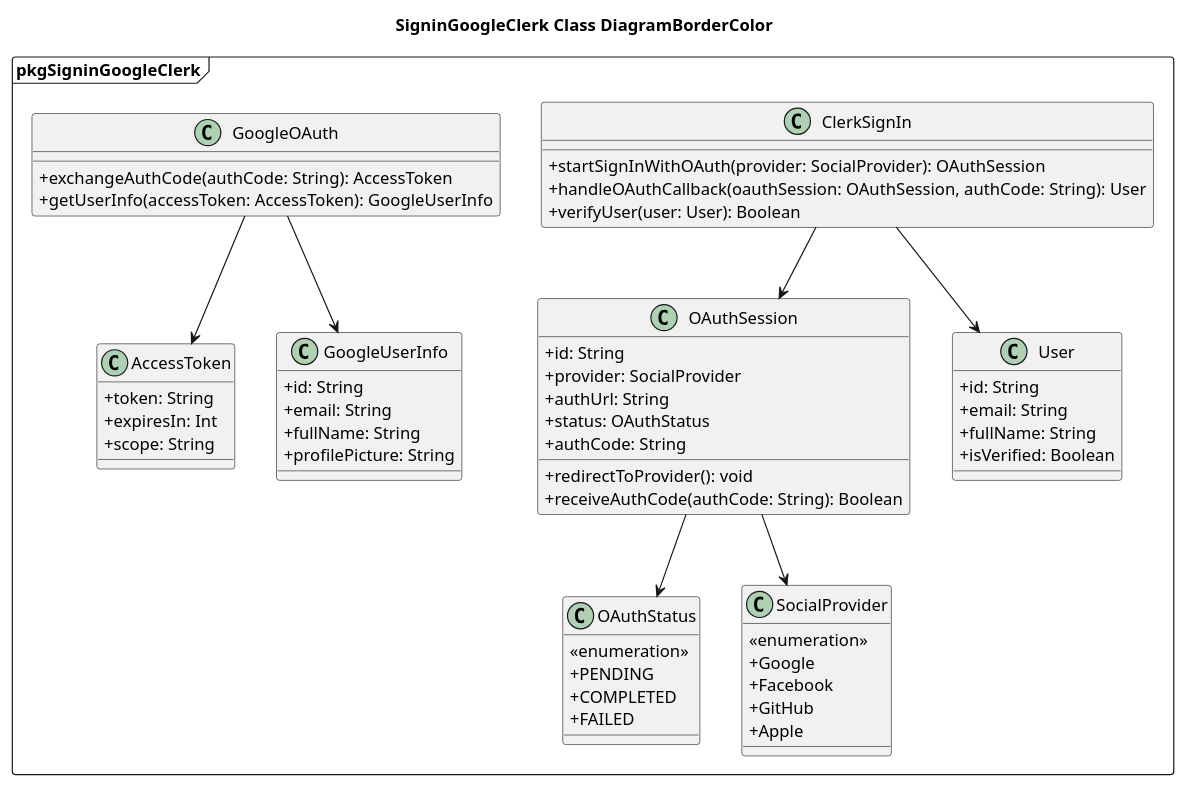
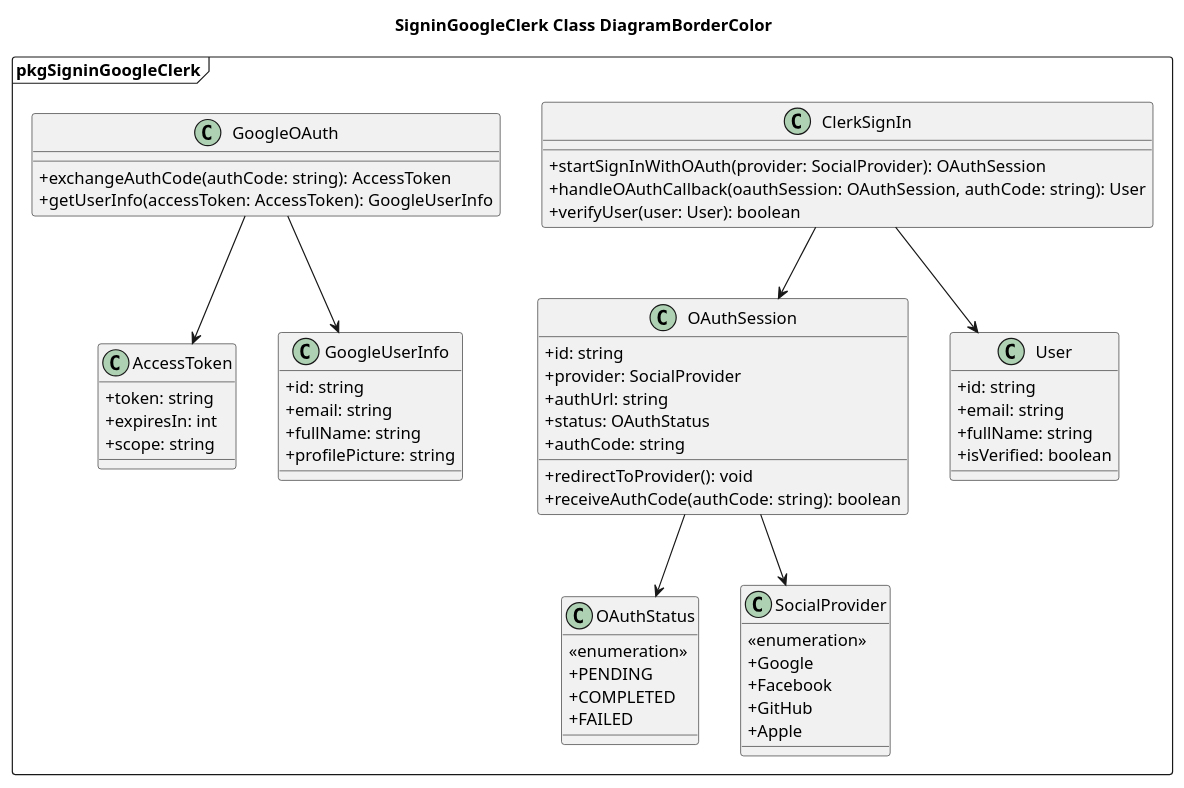
The diagram in ClassDiagram/Authentication/SignInClassDiagram.plantuml (Caothuludau/InSyncDocument), drawn with PlantUML before and after one commit. The commit also changed 21 other files, not shown here.

```diff
--- a/ClassDiagram/Authentication/SignInClassDiagram.plantuml
+++ b/ClassDiagram/Authentication/SignInClassDiagram.plantuml
@@ -1,78 +1,78 @@
 @startuml SigninGoogleClerk
 Title SigninGoogleClerk Class DiagramBorderColor
 skinparam classAttributeIconSize 0
 ' Lớp chính xử lý sign-in
 package pkgSigninGoogleClerk <<Frame>>{
 
 class ClerkSignIn  {
   + startSignInWithOAuth(provider: SocialProvider): OAuthSession
-  + handleOAuthCallback(oauthSession: OAuthSession, authCode: String): User
-  + verifyUser(user: User): Boolean
+  + handleOAuthCallback(oauthSession: OAuthSession, authCode: string): User
+  + verifyUser(user: User): boolean
 }
 
 ' Quá trình xác thực OAuth
 class OAuthSession  {
-  + id: String
+  + id: string
   + provider: SocialProvider
-  + authUrl: String
+  + authUrl: string
   + status: OAuthStatus
-  + authCode: String
+  + authCode: string
   + redirectToProvider(): void
-  + receiveAuthCode(authCode: String): Boolean
+  + receiveAuthCode(authCode: string): boolean
 }
 
 ' Các trạng thái OAuth
 class OAuthStatus  {
   <<enumeration>>
   + PENDING
   + COMPLETED
   + FAILED
 }
 
 ' Các nhà cung cấp OAuth
 class SocialProvider  {
   <<enumeration>>
   + Google
   + Facebook
   + GitHub
   + Apple
 }
 
 ' Thông tin người dùng
 class User  {
-  + id: String
-  + email: String
-  + fullName: String
-  + isVerified: Boolean
+  + id: string
+  + email: string
+  + fullName: string
+  + isVerified: boolean
 }
 
 ' Lớp Google OAuth xử lý mã xác thực
 class GoogleOAuth  {
-  + exchangeAuthCode(authCode: String): AccessToken
+  + exchangeAuthCode(authCode: string): AccessToken
   + getUserInfo(accessToken: AccessToken): GoogleUserInfo
 }
 
 ' Thông tin AccessToken
 class AccessToken  {
-  + token: String
-  + expiresIn: Int
-  + scope: String
+  + token: string
+  + expiresIn: int
+  + scope: string
 }
 
 ' Thông tin Google User
 class GoogleUserInfo  {
-  + id: String
-  + email: String
-  + fullName: String
-  + profilePicture: String
+  + id: string
+  + email: string
+  + fullName: string
+  + profilePicture: string
 }
 
 ' Các quan hệ
 ClerkSignIn --> OAuthSession
 OAuthSession --> OAuthStatus
 OAuthSession --> SocialProvider
 ClerkSignIn --> User
 GoogleOAuth --> AccessToken
 GoogleOAuth --> GoogleUserInfo
 }
 @enduml
```
